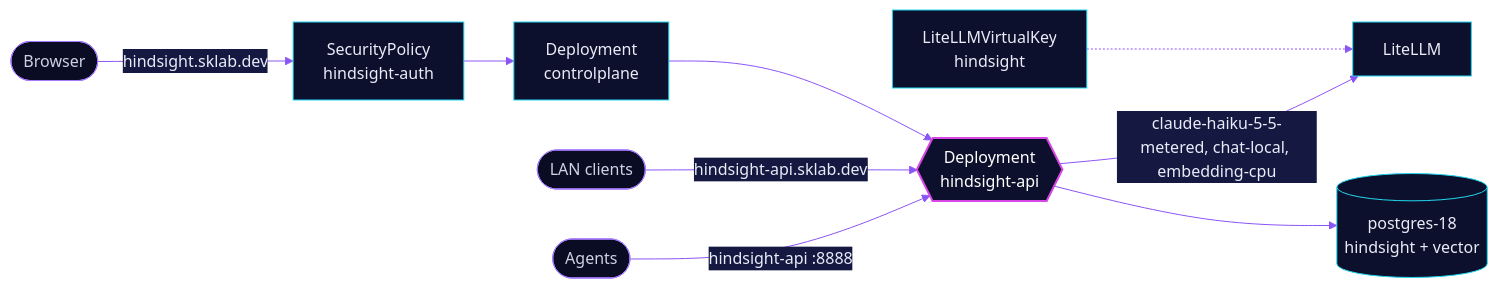
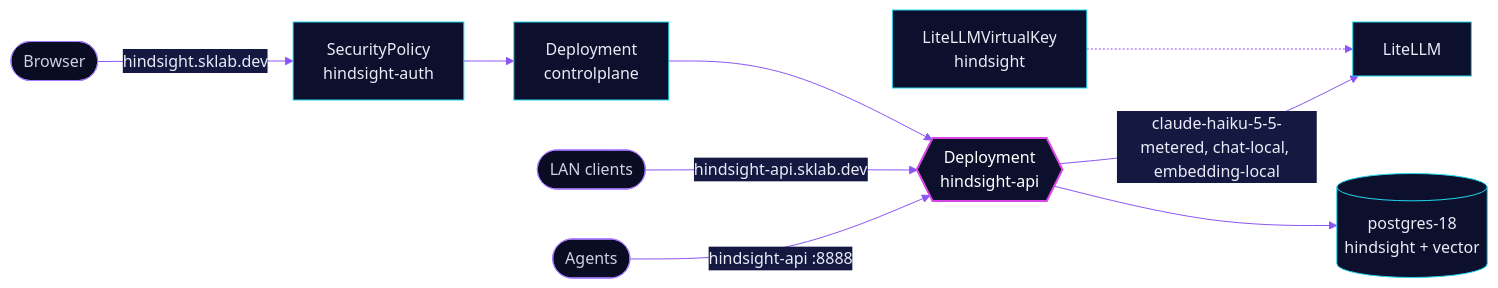
Before and after one commit to skrumbach/home-ops: the diagram in kubernetes/apps/base/ai/hindsight/README.md, drawn with Mermaid. The commit also changed other lines of this file and 16 other files, not shown here.

First line of the commit message:
feat(hindsight): embed on embedding-local (B70) and retire the CPU embedder

````diff
--- a/kubernetes/apps/base/ai/hindsight/README.md
+++ b/kubernetes/apps/base/ai/hindsight/README.md
@@ -43,15 +44,15 @@
 ```mermaid
 %%{init: {'theme':'base','themeVariables':{'primaryColor':'#0D102C','primaryTextColor':'#E9ECF7','primaryBorderColor':'#22D8F0','lineColor':'#8B55F5','secondaryColor':'#151941','tertiaryColor':'#090C22','edgeLabelBackground':'#151941'}}}%%
 flowchart LR
   agent(["Agents"]) -->|"hindsight-api :8888"| api{{"Deployment<br/>hindsight-api"}}
   dev(["LAN clients"]) -->|"hindsight-api.sklab.dev"| api
   user(["Browser"]) -->|"hindsight.sklab.dev"| pol["SecurityPolicy<br/>hindsight-auth"] --> cp["Deployment<br/>controlplane"]
   cp --> api
-  api -->|"claude-haiku-5-5-metered, chat-local, embedding-cpu"| llm["LiteLLM"]
+  api -->|"claude-haiku-5-5-metered, chat-local, embedding-local"| llm["LiteLLM"]
   api --> db[("postgres-18<br/>hindsight + vector")]
   key["LiteLLMVirtualKey<br/>hindsight"] -.-> llm
   classDef accent fill:#0D102C,stroke:#D946E6,stroke-width:2px,color:#FFFFFF
   classDef ext fill:#090C22,stroke:#A57BFF,color:#CDD2E6
   class api accent
   class agent,user,dev ext
 ```
````
